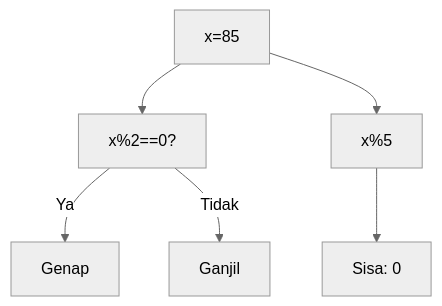
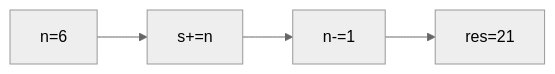
Before and after one commit to amnahwaida/OSNK_INF_PREP: the ninth of 25 diagrams in part-c-pemahaman-cpp/03-perulangan/latihan/set-10.md, drawn with Mermaid (neutral theme). The commit also changed other lines of this file and 71 other files, not shown here.

````diff
--- a/part-c-pemahaman-cpp/03-perulangan/latihan/set-10.md
+++ b/part-c-pemahaman-cpp/03-perulangan/latihan/set-10.md
@@ -299,8 +237,6 @@
 ```mermaid
-graph TD
-A["x=85"] --> B["x%2==0?"]
-B -- Ya --> C["Genap"]
-B -- Tidak --> D["Ganjil"]
-A --> E["x%5"]
-E --> F["Sisa: 0"]
+graph LR
+A["n=6"] --> B["s+=n"]
+B --> C["n-=1"]
+C --> D["res=21"]
 ```
````
